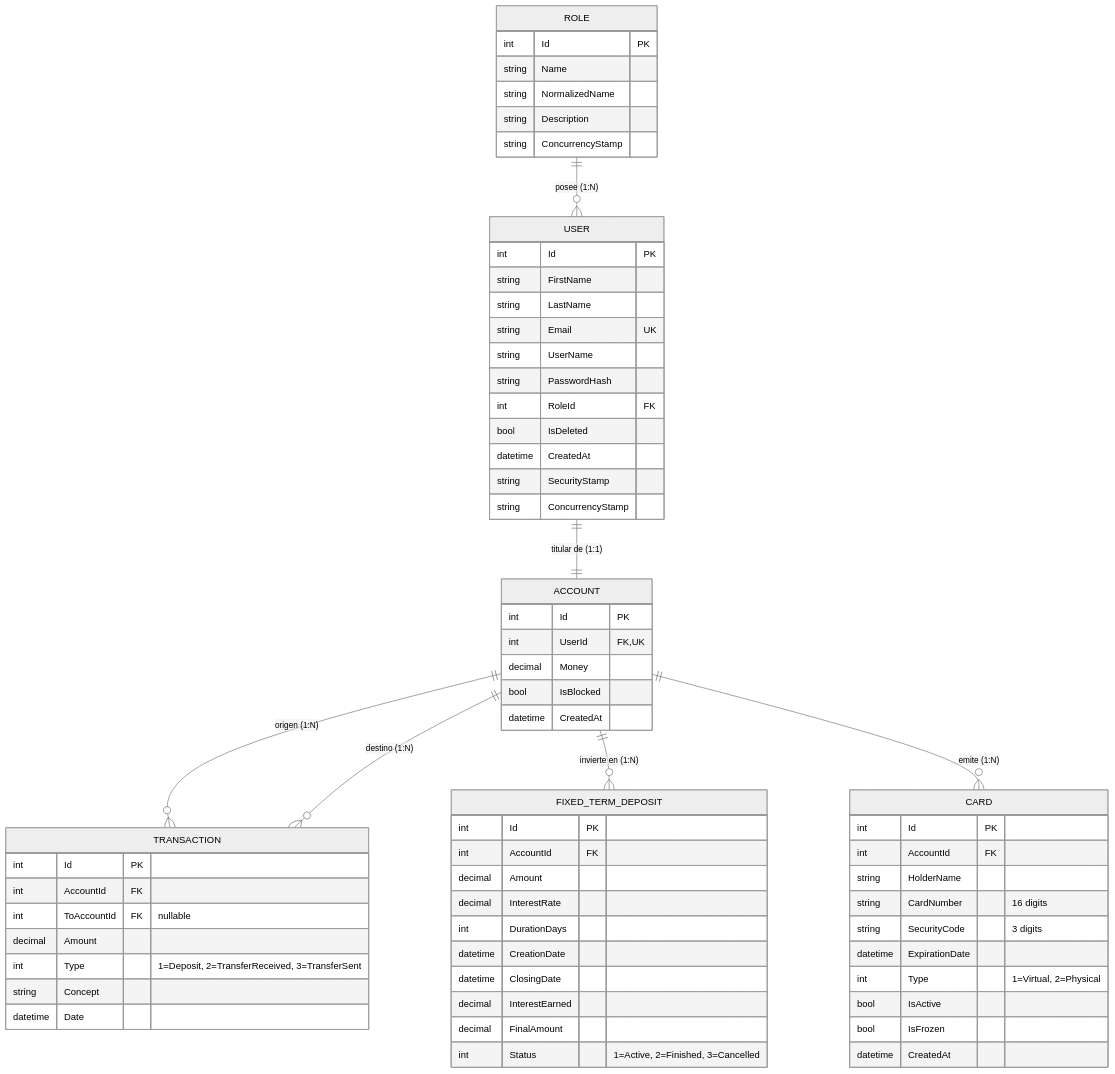
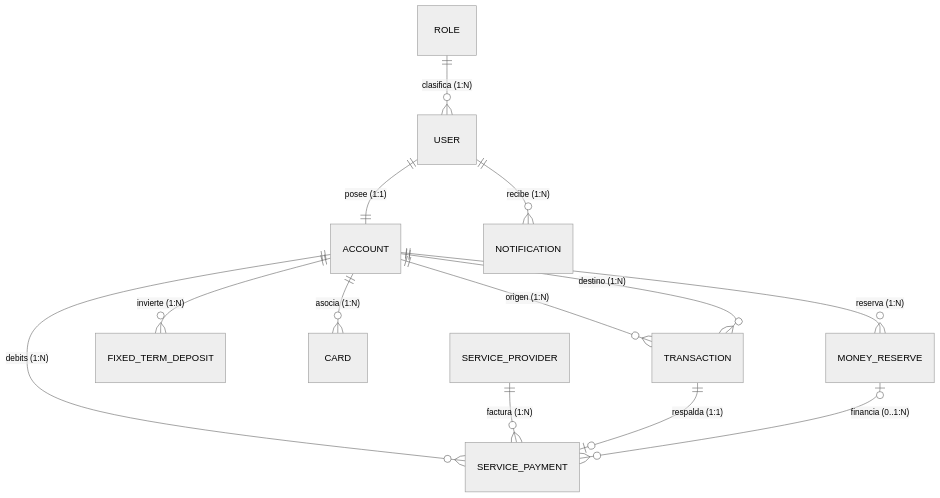
The diagram in README.md (MicaMulato/Squad-stack), drawn with Mermaid (neutral theme) before and after one commit. The commit also changed other lines of this file and 3 other files, not shown here.

Commit message:
docs: complete technical documentation, ER diagram v3.0, optimization report, and appsettings example template

````diff
--- a/README.md
+++ b/README.md
@@ -136,75 +150,15 @@
 ```mermaid
 erDiagram
-    ROLE ||--o{ USER : "posee (1:N)"
-    USER ||--|| ACCOUNT : "titular de (1:1)"
+    ROLE ||--o{ USER : "clasifica (1:N)"
+    USER ||--|| ACCOUNT : "posee (1:1)"
+    USER ||--o{ NOTIFICATION : "recibe (1:N)"
     ACCOUNT ||--o{ TRANSACTION : "origen (1:N)"
     ACCOUNT ||--o{ TRANSACTION : "destino (1:N)"
-    ACCOUNT ||--o{ FIXED_TERM_DEPOSIT : "invierte en (1:N)"
-    ACCOUNT ||--o{ CARD : "emite (1:N)"
-
-    ROLE {
-        int Id PK
-        string Name
-        string NormalizedName
-        string Description
-        string ConcurrencyStamp
-    }
-
-    USER {
-        int Id PK
-        string FirstName
-        string LastName
-        string Email UK
-        string UserName
-        string PasswordHash
-        int RoleId FK
-        bool IsDeleted
-        datetime CreatedAt
-        string SecurityStamp
-        string ConcurrencyStamp
-    }
-
-    ACCOUNT {
-        int Id PK
-        int UserId FK,UK
-        decimal Money
-        bool IsBlocked
-        datetime CreatedAt
-    }
-
-    TRANSACTION {
-        int Id PK
-        int AccountId FK
-        int ToAccountId FK "nullable"
-        decimal Amount
-        int Type "1=Deposit, 2=TransferReceived, 3=TransferSent"
-        string Concept
-        datetime Date
-    }
-
-    FIXED_TERM_DEPOSIT {
-        int Id PK
-        int AccountId FK
-        decimal Amount
-        decimal InterestRate
-        int DurationDays
-        datetime CreationDate
-        datetime ClosingDate
-        decimal InterestEarned
-        decimal FinalAmount
-        int Status "1=Active, 2=Finished, 3=Cancelled"
-    }
-
-    CARD {
-        int Id PK
-        int AccountId FK
-        string HolderName
-        string CardNumber "16 digits"
-        string SecurityCode "3 digits"
-        datetime ExpirationDate
-        int Type "1=Virtual, 2=Physical"
-        bool IsActive
-        bool IsFrozen
-        datetime CreatedAt
-    }
+    ACCOUNT ||--o{ FIXED_TERM_DEPOSIT : "invierte (1:N)"
+    ACCOUNT ||--o{ CARD : "asocia (1:N)"
+    ACCOUNT ||--o{ MONEY_RESERVE : "reserva (1:N)"
+    ACCOUNT ||--o{ SERVICE_PAYMENT : "debits (1:N)"
+    SERVICE_PROVIDER ||--o{ SERVICE_PAYMENT : "factura (1:N)"
+    TRANSACTION ||--o| SERVICE_PAYMENT : "respalda (1:1)"
+    MONEY_RESERVE |o--o{ SERVICE_PAYMENT : "financia (0..1:N)"
 ```
````
